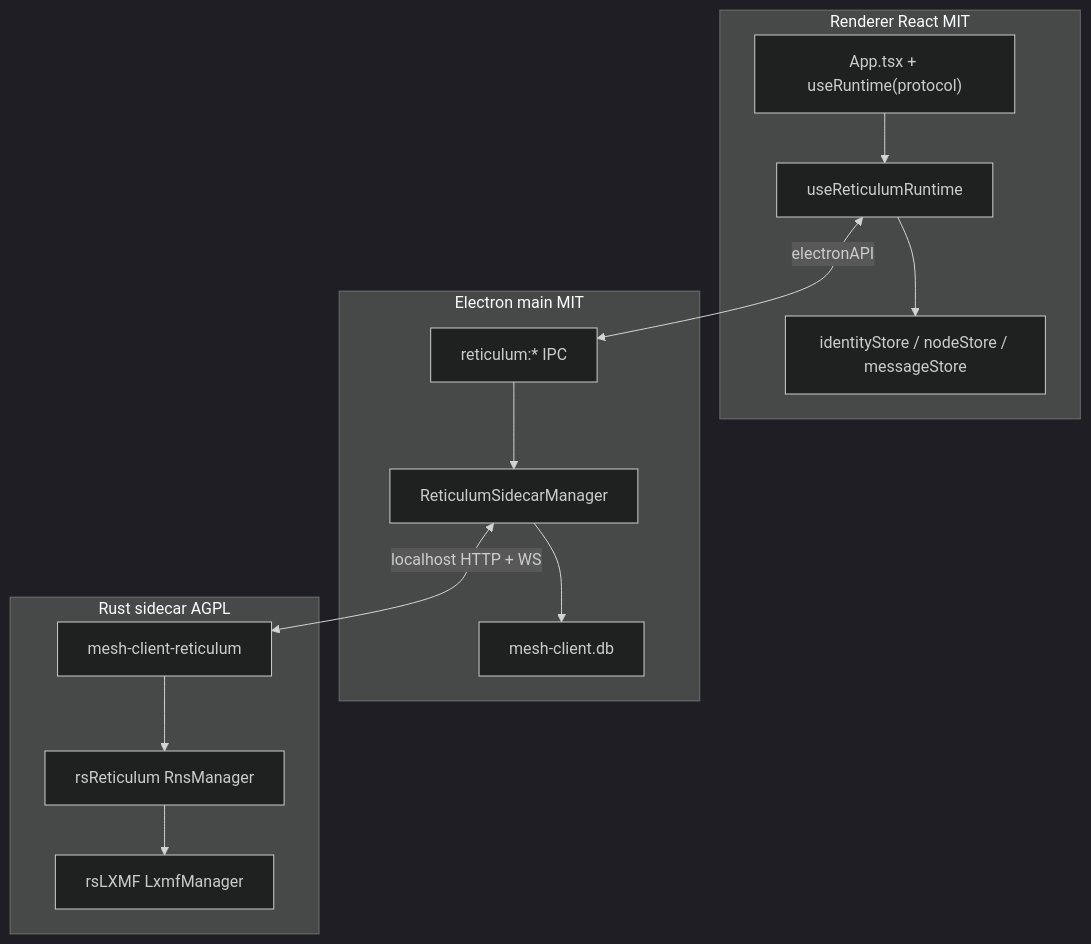
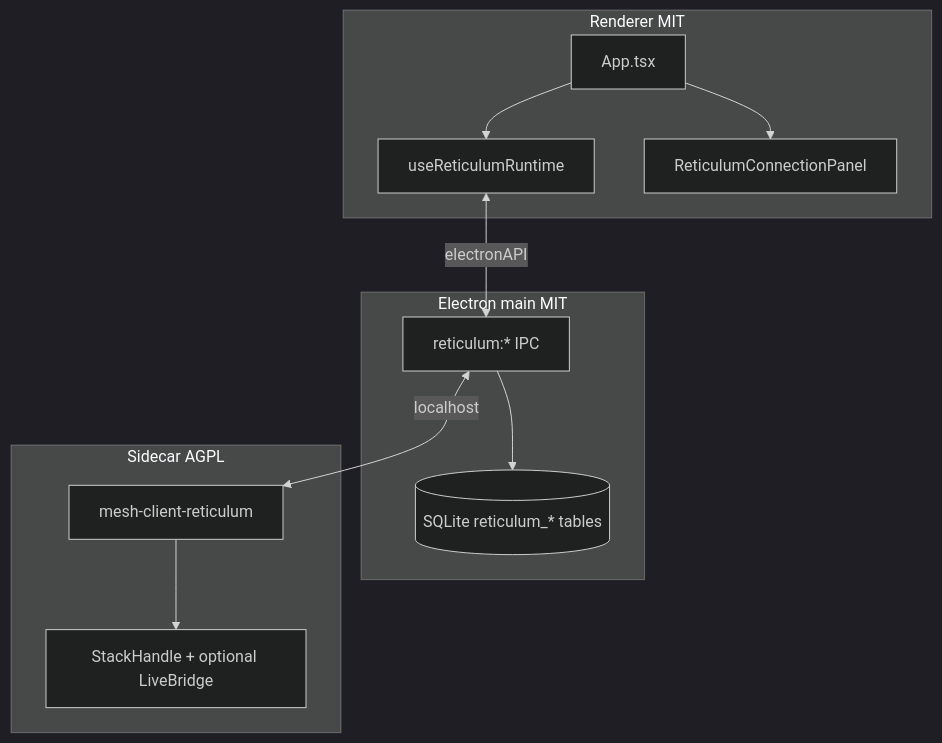
Before and after one commit to Colorado-Mesh/mesh-client: the diagram in docs/reticulum.md, drawn with Mermaid (dark theme). The commit also changed other lines of this file and 61 other files, not shown here.

First line of the commit message:
fix: Reticulum connection panel start-before-identity flow (#593)

````diff
--- a/docs/reticulum.md
+++ b/docs/reticulum.md
@@ -43,23 +11,22 @@
 ```mermaid
 flowchart TB
-  subgraph ui [Renderer React MIT]
-    App["App.tsx + useRuntime(protocol)"]
-    RT["useReticulumRuntime"]
-    Stores["identityStore / nodeStore / messageStore"]
-    App --> RT --> Stores
+  subgraph ui [Renderer MIT]
+    App[App.tsx]
+    RT[useReticulumRuntime]
+    Conn[ReticulumConnectionPanel]
+    App --> RT
+    App --> Conn
   end
   subgraph main [Electron main MIT]
-    IPC["reticulum:* IPC"]
-    Mgr["ReticulumSidecarManager"]
-    DB["mesh-client.db"]
-    IPC --> Mgr --> DB
+    IPC[reticulum:* IPC]
+    DB[(SQLite reticulum_* tables)]
+    IPC --> DB
   end
-  subgraph rust [Rust sidecar AGPL]
-    Daemon["mesh-client-reticulum"]
-    RNS["rsReticulum RnsManager"]
-    LXMF["rsLXMF LxmfManager"]
-    Daemon --> RNS --> LXMF
+  subgraph rust [Sidecar AGPL]
+    Daemon[mesh-client-reticulum]
+    Stack[StackHandle + optional LiveBridge]
+    Daemon --> Stack
   end
   RT <-->|electronAPI| IPC
-  Mgr <-->|localhost HTTP + WS| Daemon
+  IPC <-->|localhost| Daemon
 ```
````
